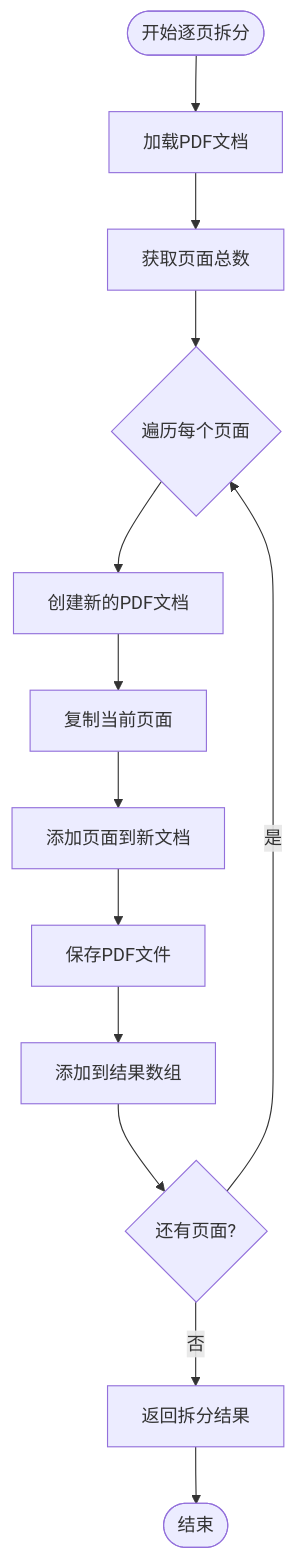
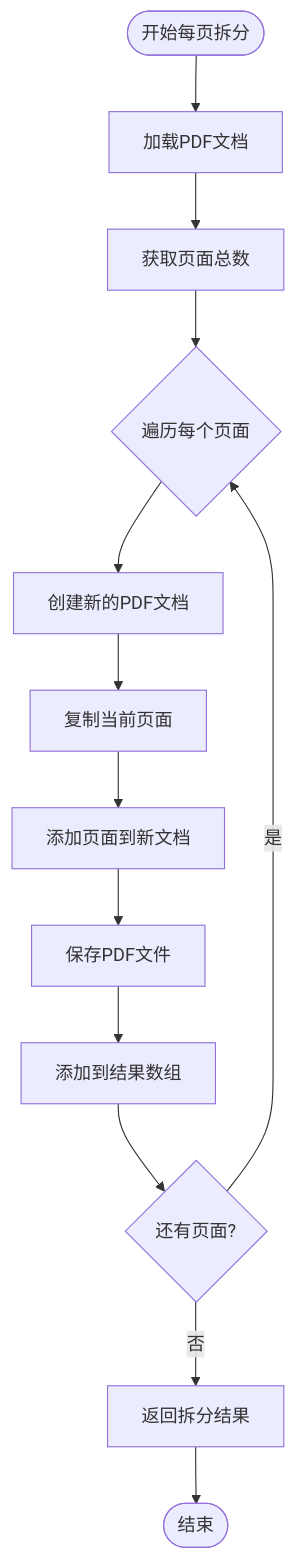
Before and after one commit to sgyy/privadeck: the fourth of 8 diagrams in .qoder/repowiki/zh/content/PDF工具/PDF拆分工具.md, drawn with Mermaid. The commit also changed other lines of this file and 4 other files, not shown here.

````diff
--- a/.qoder/repowiki/zh/content/PDF工具/PDF拆分工具.md
+++ b/.qoder/repowiki/zh/content/PDF工具/PDF拆分工具.md
@@ -223,15 +305,15 @@
 ```mermaid
 flowchart TD
-Start([开始逐页拆分]) --> LoadPdf[加载PDF文档]
+Start([开始每页拆分]) --> LoadPdf[加载PDF文档]
 LoadPdf --> GetCount[获取页面总数]
 GetCount --> LoopStart{遍历每个页面}
 LoopStart --> CreateNewPdf[创建新的PDF文档]
 CreateNewPdf --> CopyPage[复制当前页面]
 CopyPage --> AddPage[添加页面到新文档]
 AddPage --> SavePdf[保存PDF文件]
 SavePdf --> PushResult[添加到结果数组]
 PushResult --> LoopEnd{还有页面?}
 LoopEnd --> |是| LoopStart
 LoopEnd --> |否| ReturnResults[返回拆分结果]
 ReturnResults --> End([结束])
 ```
````
